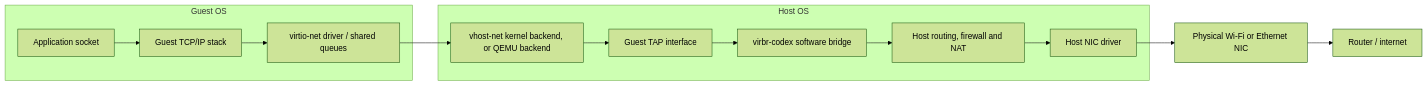
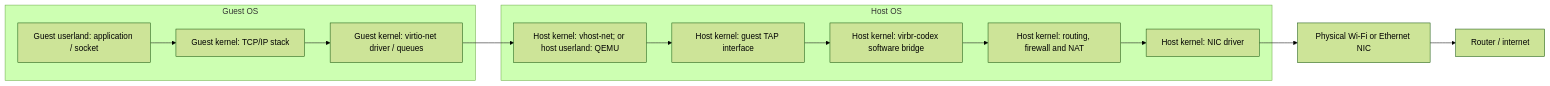
The eighth of 9 diagrams in docs/gpu-vm-explained.md (andyjakubowski/dotfiles-ubuntu), drawn with Mermaid (forest theme) before and after one commit. The commit also changed other lines of this file and 9 other files, not shown here.

````diff
--- a/docs/gpu-vm-explained.md
+++ b/docs/gpu-vm-explained.md
@@ -386,16 +676,16 @@
 ```mermaid
 flowchart LR
     subgraph guest["Guest OS"]
-        socket["Application socket"] --> stack["Guest TCP/IP stack"]
-        stack --> frontend["virtio-net driver / shared queues"]
+        socket["Guest userland: application / socket"] --> stack["Guest kernel: TCP/IP stack"]
+        stack --> frontend["Guest kernel: virtio-net driver / queues"]
     end
     subgraph host["Host OS"]
-        backend["vhost-net kernel backend, or QEMU backend"] --> tap["Guest TAP interface"]
-        tap --> bridge["virbr-codex software bridge"]
-        bridge --> routing["Host routing, firewall and NAT"]
-        routing --> nic["Host NIC driver"]
+        backend["Host kernel: vhost-net; or host userland: QEMU"] --> tap["Host kernel: guest TAP interface"]
+        tap --> bridge["Host kernel: virbr-codex software bridge"]
+        bridge --> routing["Host kernel: routing, firewall and NAT"]
+        routing --> nic["Host kernel: NIC driver"]
     end
     frontend --> backend
     nic --> physical["Physical Wi-Fi or Ethernet NIC"]
     physical --> internet["Router / internet"]
 ```
````
